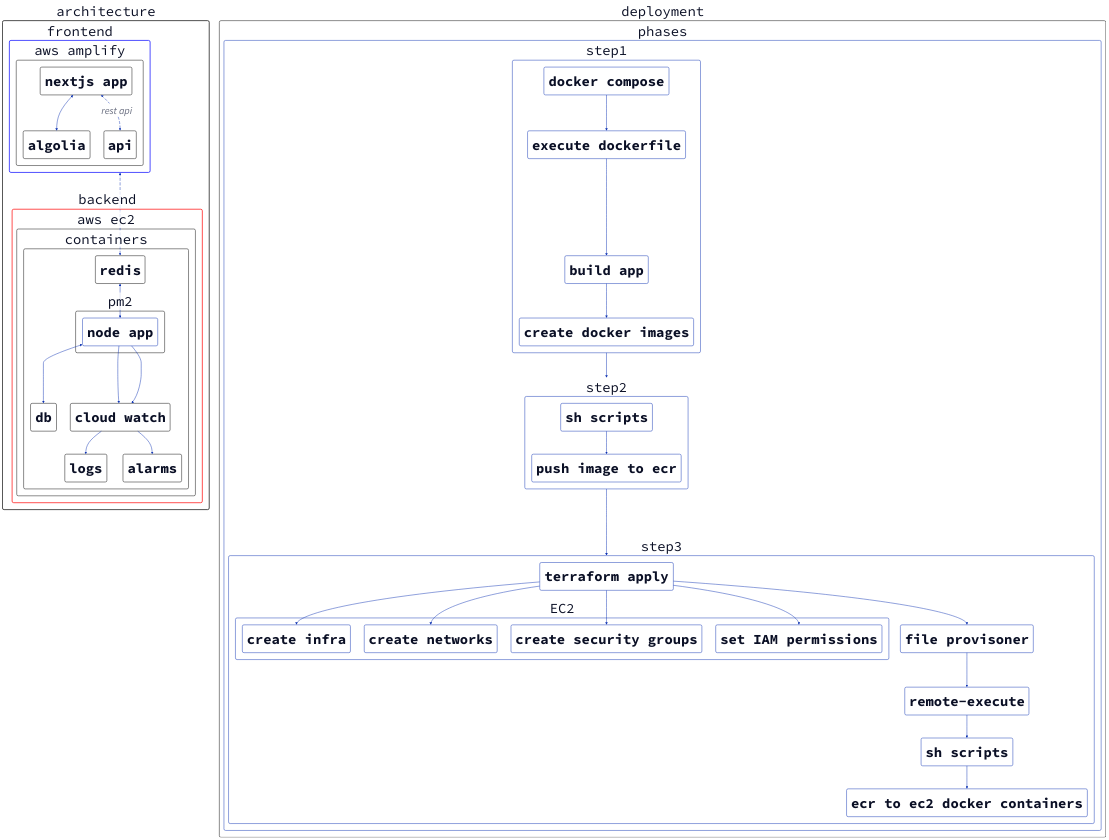
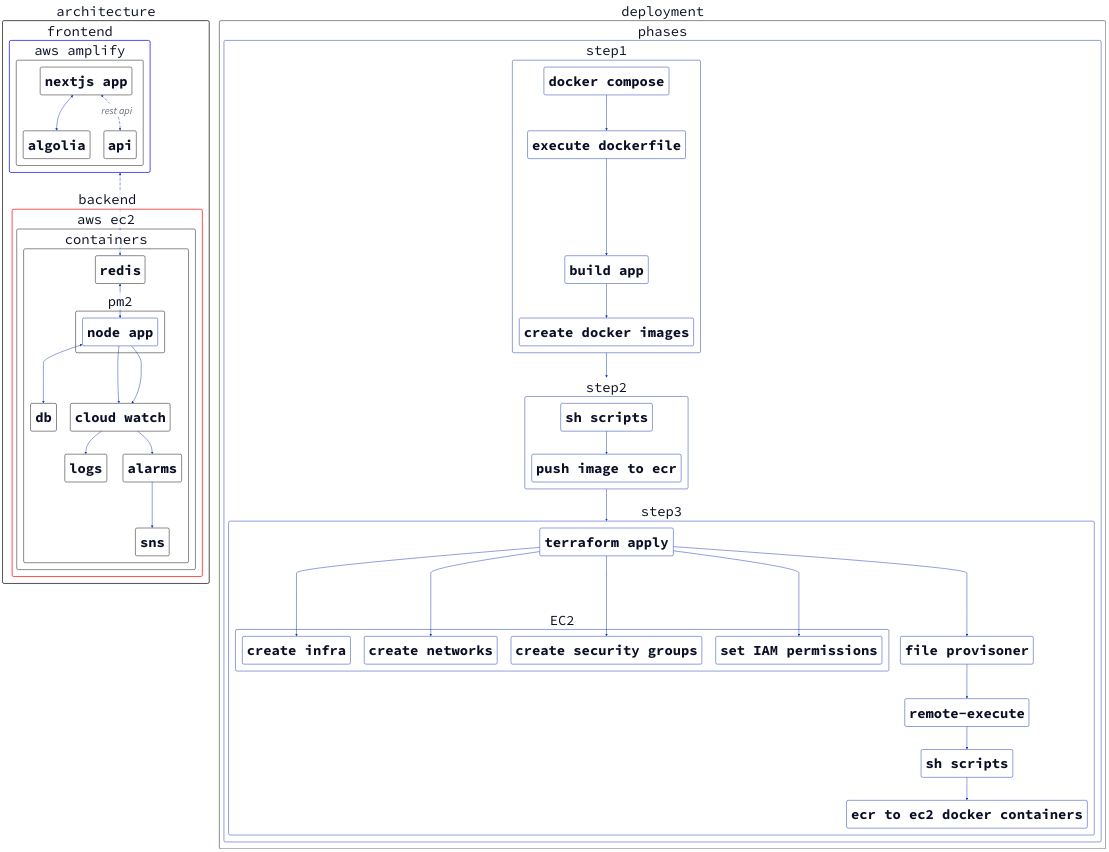
The diagram in architecture.d2 (whatsnxt-org/whatsnxt-app-architecture), drawn with D2 before and after one commit. The commit also changed 1 other file, not shown here.

Commit message:
update architecture

```diff
--- a/architecture.d2
+++ b/architecture.d2
@@ -1,63 +1,63 @@
 
 architecture: {
   frontend: {
     aws amplify: {
       nextjs app <-> algolia
       nextjs app <-> api: rest api {
         style.animated: true
         style: {
           font-size: 44
         }
       }
       *.style.stroke: "black"
     }
     *.style.stroke: "black"
   }
   frontend.style.stroke: "blue"
   frontend.style.stroke-width: "3"
 
   backend: {
     aws ec2: {
       containers: {
         redis <-> pm2.node app <-> db: {shape: cylinder}
         pm2.node app -> cloud watch -> logs
-        pm2.node app -> cloud watch -> alarms
+        pm2.node app -> cloud watch -> alarms -> sns
         *.style.stroke: "black"
       }
       *.style.stroke: "black"
     }
     *.style.stroke: "black"
   }
   frontend <-> backend.aws ec2.containers.redis: {style.animated: true}
   backend.style.stroke: "red"
   backend.style.stroke-width: "3"
 }
 architecture.style.stroke-width: "3"
 
 deployment: {
   phases: {
     step1: {
       docker compose -> execute dockerfile -> build app -> create docker images
     }
     step2: {
       sh scripts -> push image to ecr
     }
     step3: {
       terraform apply -> EC2.create infra
       terraform apply -> EC2.create networks
       terraform apply -> EC2.create security groups
       terraform apply -> EC2.set IAM permissions
       terraform apply -> file provisoner -> remote-execute -> sh scripts
       sh scripts -> ecr to ec2 docker containers
     }
     step1 -> step2 -> step3
   }
 }
 *.style.stroke: "black"
 
 **: {
   style.fill: white
   style.font: mono
   style.font-size: 60
   style.border-radius: 7
 }
```
